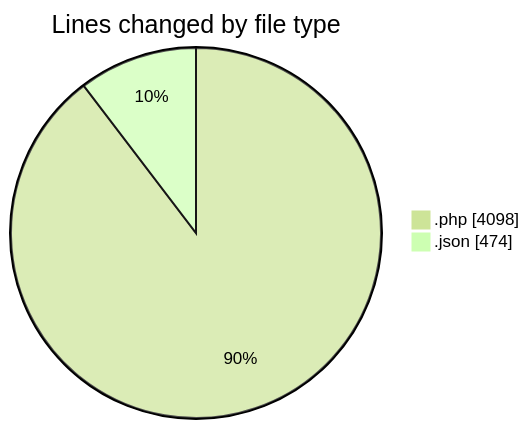
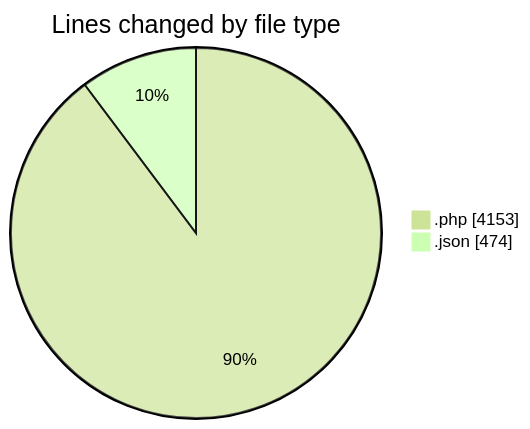
The first of 2 diagrams in 2025-06-16/studio-backend/README.md (idhammustaqopulfikri/code-tracking), drawn with Mermaid (forest theme) before and after one commit. The commit also changed other lines of this file and 1 other file, not shown here.

````diff
--- a/2025-06-16/studio-backend/README.md
+++ b/2025-06-16/studio-backend/README.md
@@ -37,6 +37,6 @@
 ```mermaid
 pie showData
 title Lines changed by file type
-".php" : 4098
+".php" : 4153
 ".json" : 474
 ```
````
